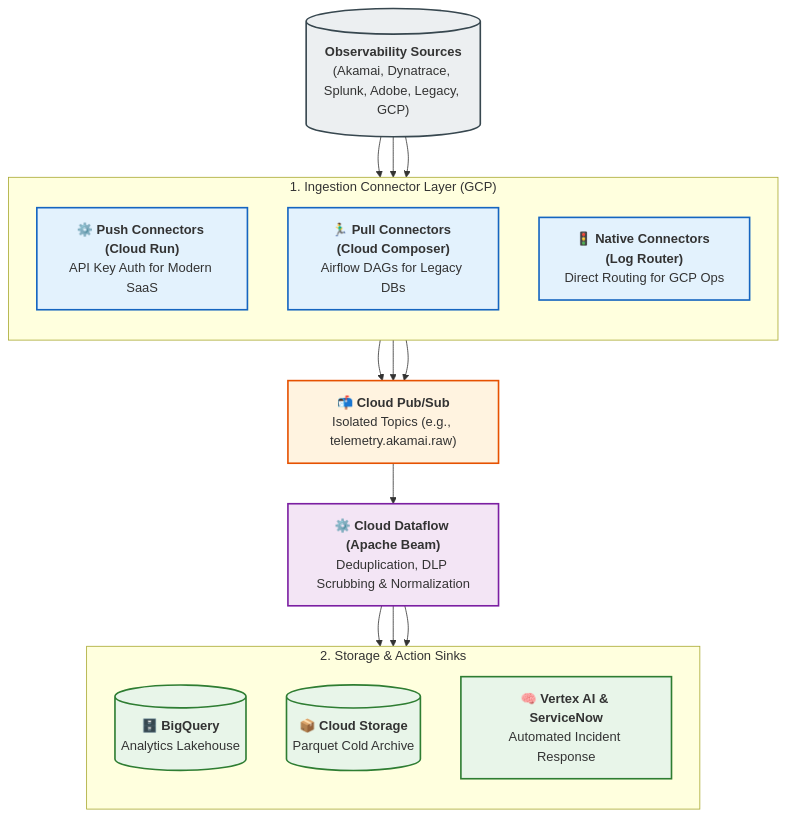
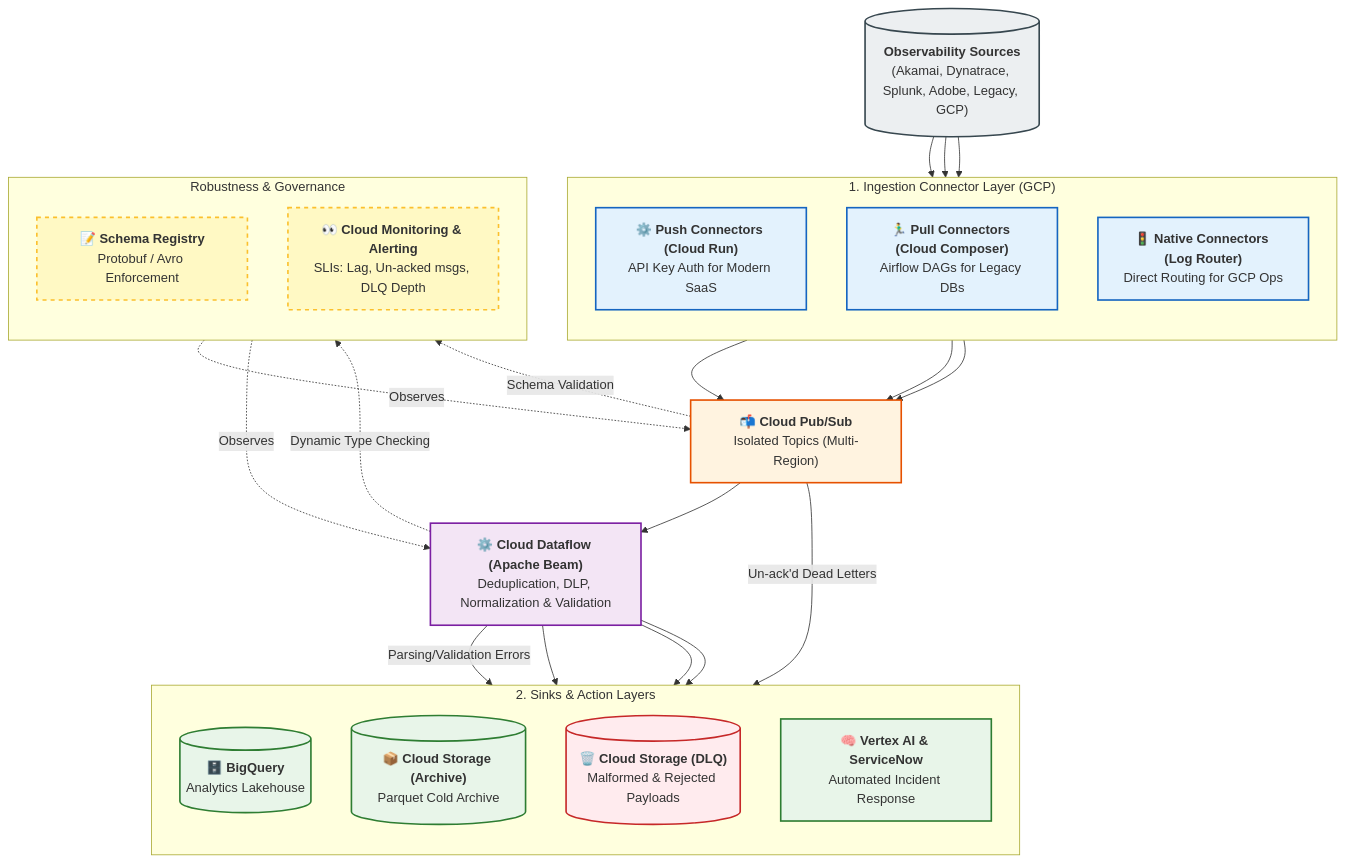
Before and after one commit to toanbui626391/aiops_architect: the diagram in docs/architecture/01_ingestion/ingestion_architecture.md, drawn with Mermaid. The commit also changed other lines of this file and 1 other file, not shown here.

Commit message:
add schema evolution architect

````diff
--- a/docs/architecture/01_ingestion/ingestion_architecture.md
+++ b/docs/architecture/01_ingestion/ingestion_architecture.md
@@ -11,55 +11,74 @@
 ```mermaid
 flowchart TD
     %% Sources
     Sources[("<b>Observability Sources</b><br/>(Akamai, Dynatrace, Splunk, Adobe, Legacy, GCP)")]
     
     %% Connectors
     subgraph Connectors ["1. Ingestion Connector Layer (GCP)"]
         direction TB
         Push["⚙️ <b>Push Connectors (Cloud Run)</b><br/>API Key Auth for Modern SaaS"]
         Pull["🏃‍♂️ <b>Pull Connectors (Cloud Composer)</b><br/>Airflow DAGs for Legacy DBs"]
         Native["🚦 <b>Native Connectors (Log Router)</b><br/>Direct Routing for GCP Ops"]
     end
     
+    %% Robustness Layer
+    subgraph Robustness ["Robustness & Governance"]
+        direction TB
+        SchemaReg["📝 <b>Schema Registry</b><br/>Protobuf / Avro Enforcement"]
+        Monitor["👀 <b>Cloud Monitoring & Alerting</b><br/>SLIs: Lag, Un-acked msgs, DLQ Depth"]
+    end
+
     %% Event Bus
-    PubSub["📬 <b>Cloud Pub/Sub</b><br/>Isolated Topics (e.g., telemetry.akamai.raw)"]
+    PubSub["📬 <b>Cloud Pub/Sub</b><br/>Isolated Topics (Multi-Region)"]
     
     %% Stream Processing
-    Dataflow["⚙️ <b>Cloud Dataflow (Apache Beam)</b><br/>Deduplication, DLP Scrubbing & Normalization"]
+    Dataflow["⚙️ <b>Cloud Dataflow (Apache Beam)</b><br/>Deduplication, DLP, Normalization & Validation"]
     
-    %% Storage Sinks
-    subgraph Storage ["2. Storage & Action Sinks"]
+    %% Bad Data & Sinks
+    subgraph Sinks ["2. Sinks & Action Layers"]
         direction TB
         BQ[("🗄️ <b>BigQuery</b><br/>Analytics Lakehouse")]
-        GCS[("📦 <b>Cloud Storage</b><br/>Parquet Cold Archive")]
+        GCS[("📦 <b>Cloud Storage (Archive)</b><br/>Parquet Cold Archive")]
+        DLQ[("🗑️ <b>Cloud Storage (DLQ)</b><br/>Malformed & Rejected Payloads")]
         Action["🧠 <b>Vertex AI & ServiceNow</b><br/>Automated Incident Response"]
     end
 
     %% Flow
     Sources --> Push
     Sources --> Pull
     Sources --> Native
     
     Push --> PubSub
     Pull --> PubSub
     Native --> PubSub
     
+    PubSub -.->|Schema Validation| SchemaReg
+    Dataflow -.->|Dynamic Type Checking| SchemaReg
+    Monitor -.->|Observes| PubSub
+    Monitor -.->|Observes| Dataflow
+
     PubSub --> Dataflow
+    PubSub -->|Un-ack'd Dead Letters| DLQ
+    Dataflow -->|Parsing/Validation Errors| DLQ
     
     Dataflow --> BQ
     Dataflow --> GCS
     Dataflow --> Action
 
     %% Styling
     classDef srcStyle fill:#ECEFF1,stroke:#37474F,stroke-width:2px;
     classDef conStyle fill:#E3F2FD,stroke:#1565C0,stroke-width:2px;
     classDef psStyle fill:#FFF3E0,stroke:#E65100,stroke-width:2px;
     classDef dfStyle fill:#F3E5F5,stroke:#7B1FA2,stroke-width:2px;
     classDef sinkStyle fill:#E8F5E9,stroke:#2E7D32,stroke-width:2px;
+    classDef robStyle fill:#FFF9C4,stroke:#FBC02D,stroke-width:2px,stroke-dasharray: 5 5;
+    classDef dlqStyle fill:#FFEBEE,stroke:#C62828,stroke-width:2px;
 
     class Sources srcStyle;
     class Push,Pull,Native conStyle;
     class PubSub psStyle;
     class Dataflow dfStyle;
     class BQ,GCS,Action sinkStyle;
+    class SchemaReg,Monitor robStyle;
+    class DLQ dlqStyle;
 ```
````
